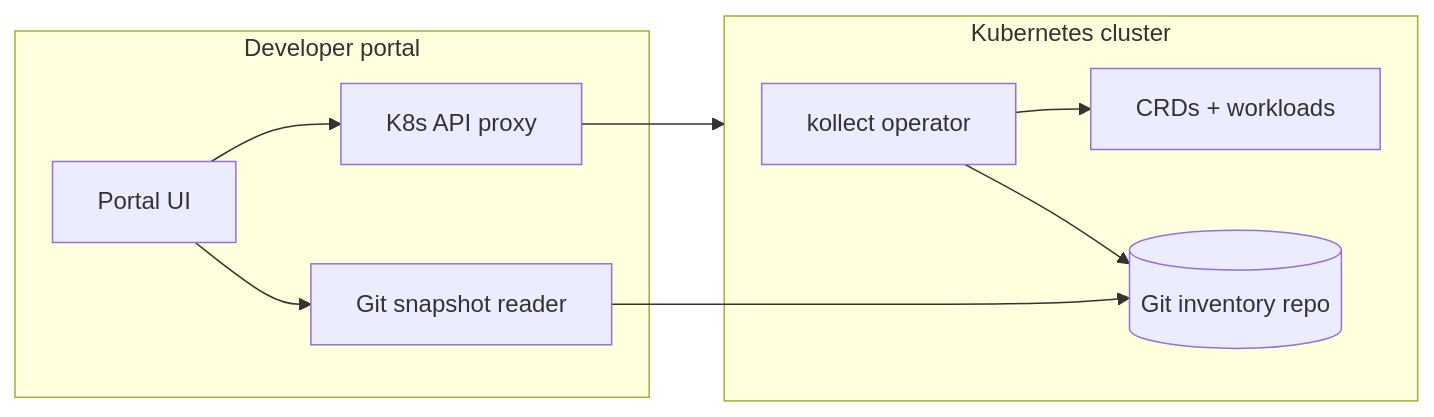
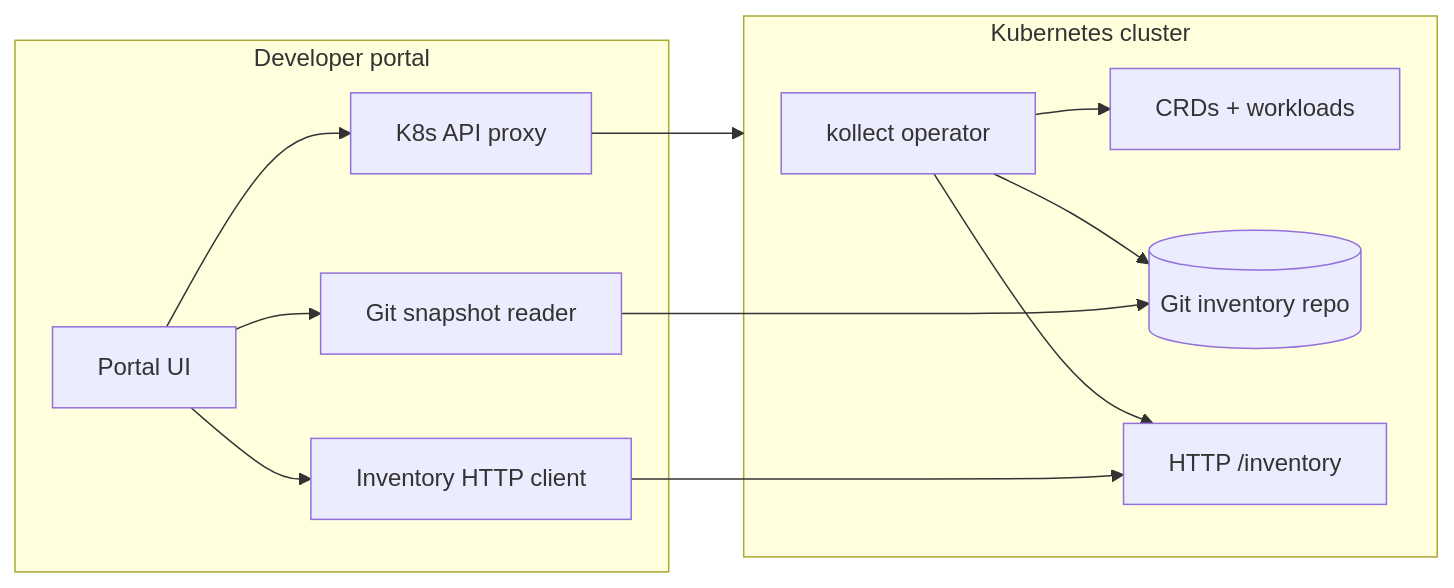
One commit to konih/kollect changed the fifth of 5 diagrams in docs/ARCHITECTURE.md. Above: the diagram before and after it, drawn with Mermaid. The commit also changed other lines of this file and 9 other files, not shown here.

````diff
--- a/docs/ARCHITECTURE.md
+++ b/docs/ARCHITECTURE.md
@@ -87,20 +138,24 @@
 ```mermaid
 flowchart LR
   subgraph cluster [Kubernetes cluster]
     Op[kollect operator]
     CRs[CRDs + workloads]
     Op --> CRs
     Op --> Git[(Git inventory repo)]
+    Op --> APIHTTP[HTTP /inventory]
   end
 
   subgraph portal [Developer portal]
     UI[Portal UI]
     K8sAPI[K8s API proxy]
     GitRO[Git snapshot reader]
+    InvAPI[Inventory HTTP client]
   end
 
   UI --> K8sAPI
   UI --> GitRO
+  UI --> InvAPI
   K8sAPI --> cluster
   GitRO --> Git
+  InvAPI --> APIHTTP
 ```
````
